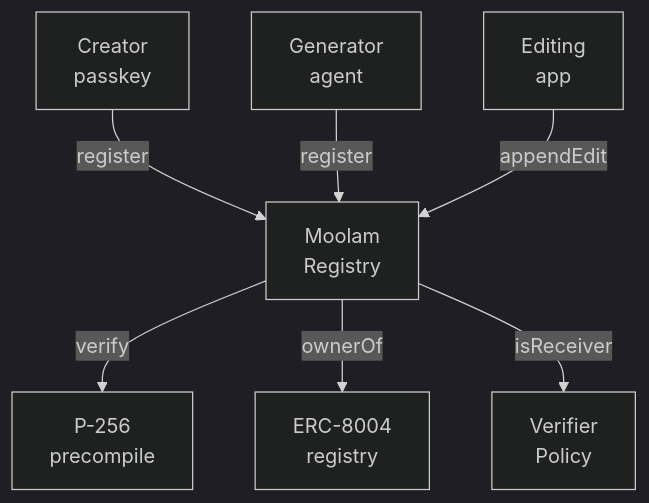
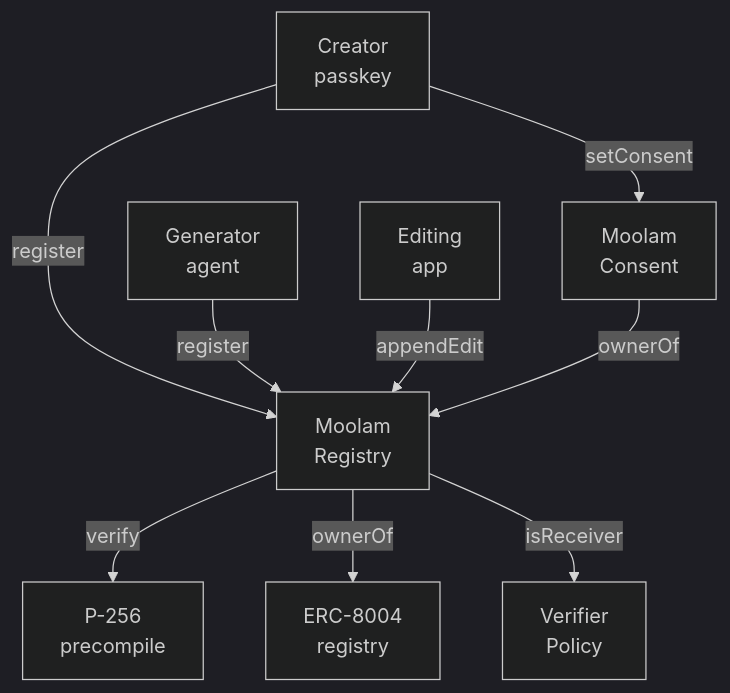
The second of 12 diagrams in docs/developers/architecture.md (ramakrishnanhulk20/Moolam), drawn with Mermaid (dark theme) before and after one commit. The commit also changed other lines of this file and 35 other files, not shown here.

````diff
--- a/docs/developers/architecture.md
+++ b/docs/developers/architecture.md
@@ -58,9 +65,11 @@
 ```mermaid phone "Half one: who writes to the registry, and what the registry reads."
 flowchart TD
     C[Creator<br/>passkey] -- register --> R[Moolam<br/>Registry]
     G[Generator<br/>agent] -- register --> R
     E[Editing<br/>app] -- appendEdit --> R
+    C -- setConsent --> MC[Moolam<br/>Consent]
+    MC -- ownerOf --> R
     R -- verify --> PC[P-256<br/>precompile]
     R -- ownerOf --> I8[ERC-8004<br/>registry]
     R -- isReceiver --> P[Verifier<br/>Policy]
 ```
````
